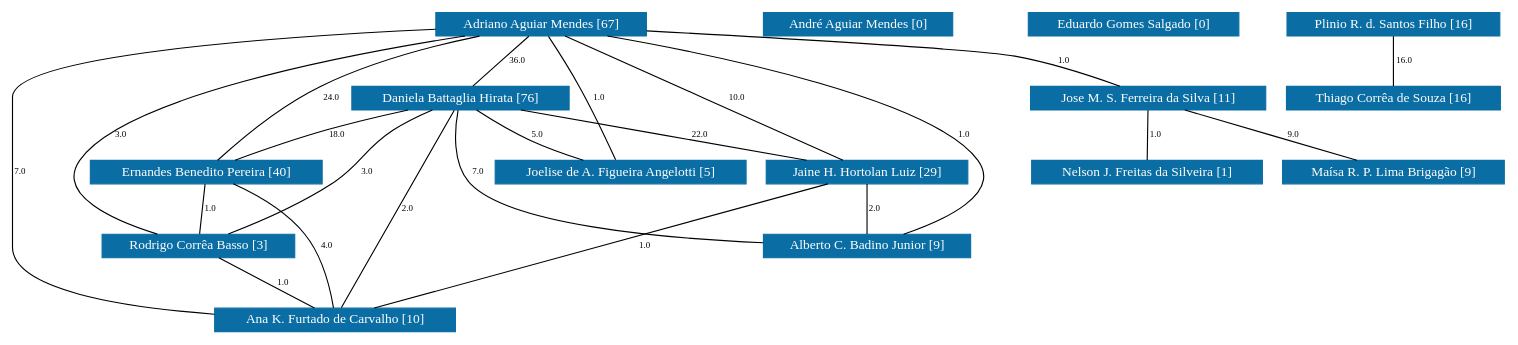
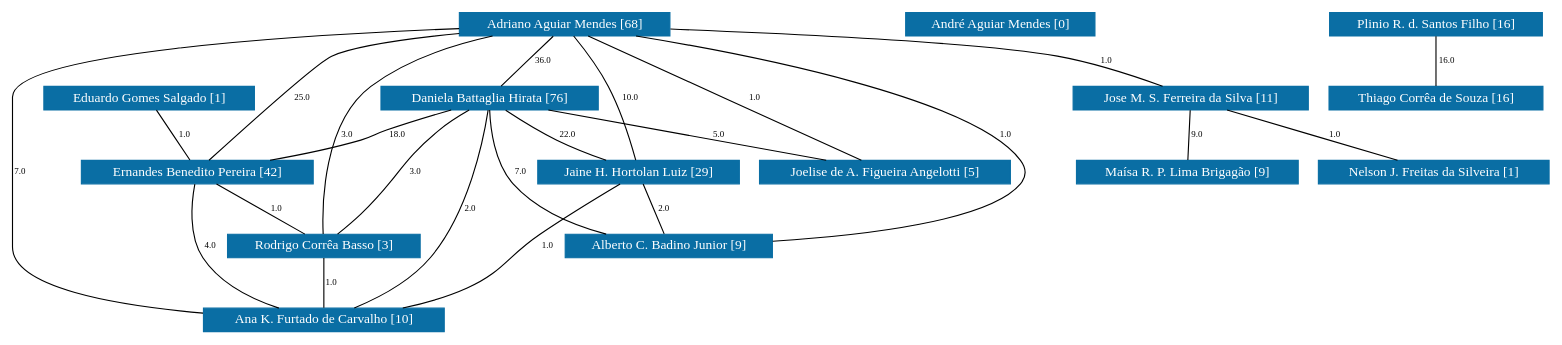
One commit to icamps/unifal-lattes.github.io changed the diagram in PPGBiotec/grafoDeColaboracoesComPesos.dot. Above: the diagram before and after it, drawn with Graphviz. The commit also changed 854 other files, not shown here.

```diff
--- a/PPGBiotec/grafoDeColaboracoesComPesos.dot
+++ b/PPGBiotec/grafoDeColaboracoesComPesos.dot
@@ -1,5 +1,5 @@
 strict graph grafo2 {
-	graph [bb="0,0,1130,285",
+	graph [bb="0,0,1164,285",
 		id=grafo2,
 		overlap=False
 	];
@@ -12,193 +12,197 @@
 		color="#0A6EA4",
 		fontcolor="#FFFFFF",
 		height=0.29167,
-		label="Adriano Aguiar Mendes [67]",
-		pos="411,274.5",
+		label="Adriano Aguiar Mendes [68]",
+		pos="430,274.5",
 		width=2.1389];
 	2	 [URL="membro-5292381247624407.html",
 		color="#0A6EA4",
 		fontcolor="#FFFFFF",
 		height=0.29167,
 		label="Daniela Battaglia Hirata [76]",
-		pos="352,208.5",
+		pos="373,208.5",
 		width=2.1528];
 	0 -- 2	 [fontsize=8,
 		label=36.0,
-		lp="393,241.5",
-		pos="401.52,263.9 390.58,251.65 372.67,231.62 361.65,219.3"];
+		lp="412,241.5",
+		pos="420.84,263.9 410.27,251.65 392.97,231.62 382.32,219.3"];
 	4	 [URL="membro-0524540000904823.html",
 		color="#0A6EA4",
 		fontcolor="#FFFFFF",
 		height=0.29167,
-		label="Ernandes Benedito Pereira [40]",
-		pos="149,142.5",
+		label="Ernandes Benedito Pereira [42]",
+		pos="142,142.5",
 		width=2.3056];
 	0 -- 4	 [fontsize=8,
-		label=24.0,
-		lp="258,208.5",
-		pos="369.44,263.92 336.25,254.58 289.16,239.29 251,219 215.43,200.09 178.88,169.4 160.72,153.24"];
+		label=25.0,
+		lp="218,208.5",
+		pos="352.92,267.61 310.58,262.86 262.91,255.66 244,246 221.42,234.46 171.42,177.24 150.97,153.18"];
 	5	 [URL="membro-3433047807065363.html",
 		color="#0A6EA4",
 		fontcolor="#FFFFFF",
 		height=0.29167,
 		label="Jaine H. Hortolan Luiz [29]",
-		pos="655,142.5",
+		pos="487,142.5",
 		width=2.0694];
 	0 -- 5	 [fontsize=8,
 		label=10.0,
-		lp="557,208.5",
-		pos="430.56,263.92 476.24,239.21 589.57,177.89 635.35,153.13"];
+		lp="475,208.5",
+		pos="436.21,263.65 442.4,252.61 451.97,234.91 459,219 469.18,195.97 478.74,167.98 483.62,153.07"];
 	6	 [URL="membro-3798416800583466.html",
 		color="#0A6EA4",
 		fontcolor="#FFFFFF",
 		height=0.29167,
 		label="Joelise de A. Figueira Angelotti [5]",
-		pos="471,142.5",
+		pos="671,142.5",
 		width=2.5278];
 	0 -- 6	 [fontsize=8,
 		label=1.0,
-		lp="453,208.5",
-		pos="416.32,263.93 421.87,252.81 430.76,234.78 438,219 448.61,195.86 460.23,168.38 466.46,153.46"];
+		lp="572,208.5",
+		pos="449.31,263.92 494.44,239.21 606.38,177.89 651.59,153.13"];
 	7	 [URL="membro-0436922594542722.html",
 		color="#0A6EA4",
 		fontcolor="#FFFFFF",
 		height=0.29167,
 		label="Jose M. S. Ferreira da Silva [11]",
-		pos="870,208.5",
+		pos="903,208.5",
 		width=2.3611];
 	0 -- 7	 [fontsize=8,
 		label=1.0,
-		lp="807,241.5",
-		pos="488.28,269.55 585.83,263.12 744.24,252 771,246 798.26,239.89 828.05,227.81 847.76,219.01"];
+		lp="840,241.5",
+		pos="507.12,271.22 599.73,266.83 749.42,258.15 804,246 831.27,239.93 861.06,227.85 880.76,219.03"];
 	10	 [URL="membro-4043789557049115.html",
 		color="#0A6EA4",
 		fontcolor="#FFFFFF",
 		height=0.29167,
 		label="Rodrigo Corrêa Basso [3]",
-		pos="137,76.5",
+		pos="241,76.5",
 		width=1.9444];
 	0 -- 10	 [fontsize=8,
 		label=3.0,
-		lp="93,175.5",
-		pos="355.77,263.96 264.94,245.33 90.71,203.74 57,153 38.762,125.55 80.864,100.55 110.64,87.03"];
+		lp="258,175.5",
+		pos="386.6,263.94 356.48,255.2 316.46,240.66 286,219 267.5,205.84 262.03,200.83 253,180 239.34,148.46 239.34,106.73 240.26,87.302"];
 	12	 [URL="membro-6244428434217018.html",
 		color="#0A6EA4",
 		fontcolor="#FFFFFF",
 		height=0.29167,
 		label="Alberto C. Badino Junior [9]",
-		pos="655,76.5",
+		pos="515,76.5",
 		width=2.1389];
 	0 -- 12	 [fontsize=8,
 		label=1.0,
-		lp="724,175.5",
-		pos="458.19,263.98 540.69,244.52 705.46,200.54 738,153 756.93,125.35 713.54,100.5 682.63,87.055"];
+		lp="756,175.5",
+		pos="480.47,263.94 566.77,244.74 736.72,201.6 771,153 776.38,145.37 776.86,139.27 771,132 748.8,104.48 659.12,89.912 592.12,82.719"];
 	14	 [URL="membro-8233720168272812.html",
 		color="#0A6EA4",
 		fontcolor="#FFFFFF",
 		height=0.29167,
 		label="Ana K. Furtado de Carvalho [10]",
-		pos="243,10.5",
+		pos="241,10.5",
 		width=2.4583];
 	0 -- 14	 [fontsize=8,
 		label=7.0,
 		lp="5,142.5",
-		pos="333.69,269.8 214.64,261.51 0,241.92 0,208.5 0,208.5 0,208.5 0,76.5 0,43.44 84.824,26.406 154.24,18.002"];
+		pos="352.63,270.37 228.83,262.7 0,243.76 0,208.5 0,208.5 0,208.5 0,76.5 0,43.802 83.57,26.727 152.29,18.214"];
 	2 -- 4	 [fontsize=8,
 		label=18.0,
-		lp="247,175.5",
-		pos="304.43,197.97 284.36,193.12 260.85,186.91 240,180 216.48,172.21 190.41,161.21 172.22,153.14"];
+		lp="294,175.5",
+		pos="339.78,197.95 323.76,192.74 304.31,186.25 287,180 276.68,176.27 274.48,174.26 264,171 241.46,164 216.11,157.81 194.39,153.01"];
 	2 -- 5	 [fontsize=8,
 		label=22.0,
-		lp="529,175.5",
-		pos="400.35,197.97 456.9,185.65 549.98,165.37 606.58,153.05"];
+		lp="431,175.5",
+		pos="385.9,197.84 395.91,189.86 410.34,178.99 424,171 435.5,164.27 448.87,158.02 460.33,153.1"];
 	2 -- 6	 [fontsize=8,
 		label=5.0,
-		lp="407,175.5",
-		pos="364.54,197.69 374.3,189.63 388.42,178.73 402,171 414.16,164.07 428.35,157.92 440.68,153.12"];
+		lp="545,175.5",
+		pos="420.55,197.97 476.09,185.67 567.45,165.43 623.13,153.1"];
 	2 -- 10	 [fontsize=8,
 		label=3.0,
-		lp="269,142.5",
-		pos="325.34,197.98 314.57,193.2 302.28,187.02 292,180 266.3,162.44 266.29,150.15 241,132 215.4,113.62 182.96,97.269 161.18,87.157"];
+		lp="309,142.5",
+		pos="353.69,197.76 345.65,192.85 336.48,186.66 329,180 296.7,151.24 295.36,137.65 267,105 261.82,99.033 255.89,92.512 251,87.215"];
 	2 -- 12	 [fontsize=8,
 		label=7.0,
-		lp="366,142.5",
-		pos="349.71,197.75 346.88,181.3 344.31,149.9 361,132 389.83,101.09 500.83,87.051 577.87,80.924"];
+		lp="398,142.5",
+		pos="373.01,197.81 373.59,181.71 376.91,151.11 393,132 412.26,109.13 442.92,95.232 468.69,87.066"];
 	2 -- 14	 [fontsize=8,
 		label=2.0,
-		lp="304,109.5",
-		pos="346.14,197.85 327.21,163.48 267.86,55.652 248.89,21.198"];
+		lp="352,109.5",
+		pos="371.27,197.79 366.74,172.53 352.57,108.21 320,66 304.74,46.228 280.48,30.67 262.87,21.12"];
 	4 -- 10	 [fontsize=8,
 		label=1.0,
-		lp="149,109.5",
-		pos="147.07,131.9 144.85,119.65 141.2,99.622 138.96,87.297"];
+		lp="203,109.5",
+		pos="157.91,131.9 176.38,119.58 206.68,99.383 225.13,87.078"];
 	4 -- 14	 [fontsize=8,
 		label=4.0,
-		lp="233,76.5",
-		pos="166.39,131.98 181.43,122.08 202.78,105.95 216,87 230.51,66.208 237.96,36.834 241.11,21.226"];
+		lp="157,76.5",
+		pos="140.69,131.9 139.32,116.19 138.88,86.39 152,66 165.79,44.559 191.12,29.971 211.23,21.152"];
 	5 -- 12	 [fontsize=8,
 		label=2.0,
-		lp="660,109.5",
-		pos="655,131.9 655,119.65 655,99.622 655,87.297"];
+		lp="508,109.5",
+		pos="491.5,131.9 496.69,119.65 505.19,99.622 510.42,87.297"];
 	5 -- 14	 [fontsize=8,
 		label=1.0,
-		lp="482,76.5",
-		pos="621.98,131.92 544.74,107.17 353,45.743 275.89,21.038"];
+		lp="421,76.5",
+		pos="473.87,131.87 442.81,106.79 366.41,45.535 353,39 336.86,31.134 318.31,25.284 301.02,21.003"];
 	8	 [URL="membro-6853382226977684.html",
 		color="#0A6EA4",
 		fontcolor="#FFFFFF",
 		height=0.29167,
 		label="Nelson J. Freitas da Silveira [1]",
-		pos="868,142.5",
+		pos="1082,142.5",
 		width=2.2778];
 	7 -- 8	 [fontsize=8,
 		label=1.0,
-		lp="875,175.5",
-		pos="869.68,197.9 869.31,185.65 868.7,165.62 868.33,153.3"];
+		lp="1009,175.5",
+		pos="931.76,197.9 965.16,185.58 1019.9,165.38 1053.3,153.08"];
 	13	 [URL="membro-0963588859777460.html",
 		color="#0A6EA4",
 		fontcolor="#FFFFFF",
 		height=0.29167,
 		label="Maísa R. P. Lima Brigagão [9]",
-		pos="1049,142.5",
+		pos="901,142.5",
 		width=2.25];
 	7 -- 13	 [fontsize=8,
 		label=9.0,
-		lp="976,175.5",
-		pos="898.76,197.9 932.16,185.58 986.94,165.38 1020.3,153.08"];
+		lp="908,175.5",
+		pos="902.68,197.9 902.31,185.65 901.7,165.62 901.33,153.3"];
 	10 -- 14	 [fontsize=8,
 		label=1.0,
-		lp="202,43.5",
-		pos="154.03,65.896 173.81,53.58 206.25,33.383 226.01,21.078"];
+		lp="246,43.5",
+		pos="241,65.896 241,53.653 241,33.622 241,21.297"];
 	1	 [URL="membro-1409264122407992.html",
 		color="#0A6EA4",
 		fontcolor="#FFFFFF",
 		height=0.29167,
 		label="André Aguiar Mendes [0]",
-		pos="652,274.5",
+		pos="786,274.5",
 		width=1.9306];
 	3	 [URL="membro-2363460036599181.html",
 		color="#0A6EA4",
 		fontcolor="#FFFFFF",
 		height=0.29167,
-		label="Eduardo Gomes Salgado [0]",
-		pos="858,274.5",
+		label="Eduardo Gomes Salgado [1]",
+		pos="104,208.5",
 		width=2.1111];
+	3 -- 4	 [fontsize=8,
+		label=1.0,
+		lp="131,175.5",
+		pos="110.11,197.9 117.15,185.65 128.69,165.62 135.78,153.3"];
 	9	 [URL="membro-0595142298134685.html",
 		color="#0A6EA4",
 		fontcolor="#FFFFFF",
 		height=0.29167,
 		label="Plinio R. d. Santos Filho [16]",
-		pos="1051,274.5",
+		pos="1084,274.5",
 		width=2.1528];
 	11	 [URL="membro-2834667104138232.html",
 		color="#0A6EA4",
 		fontcolor="#FFFFFF",
 		height=0.29167,
 		label="Thiago Corrêa de Souza [16]",
-		pos="1051,208.5",
+		pos="1084,208.5",
 		width=2.1528];
 	9 -- 11	 [fontsize=8,
 		label=16.0,
-		lp="1058,241.5",
-		pos="1051,263.9 1051,251.65 1051,231.62 1051,219.3"];
+		lp="1091,241.5",
+		pos="1084,263.9 1084,251.65 1084,231.62 1084,219.3"];
 }
```
